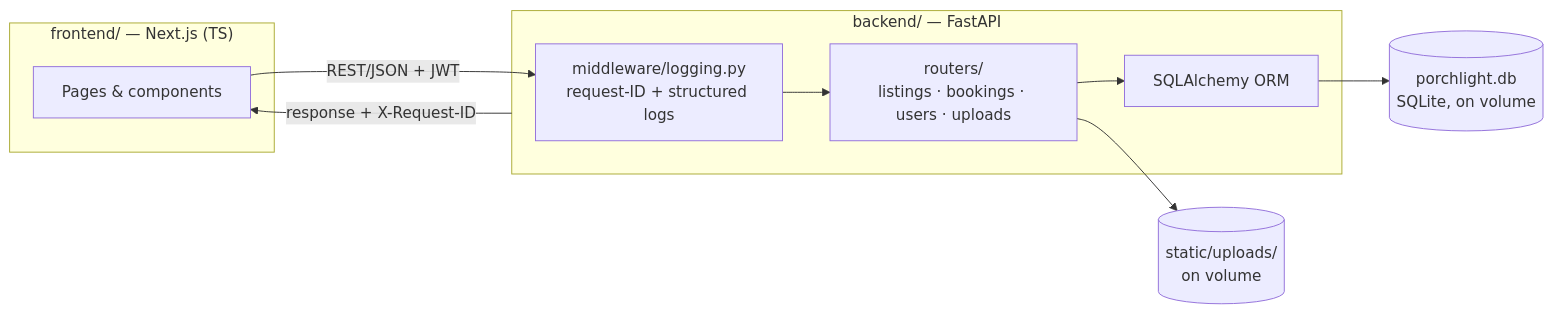
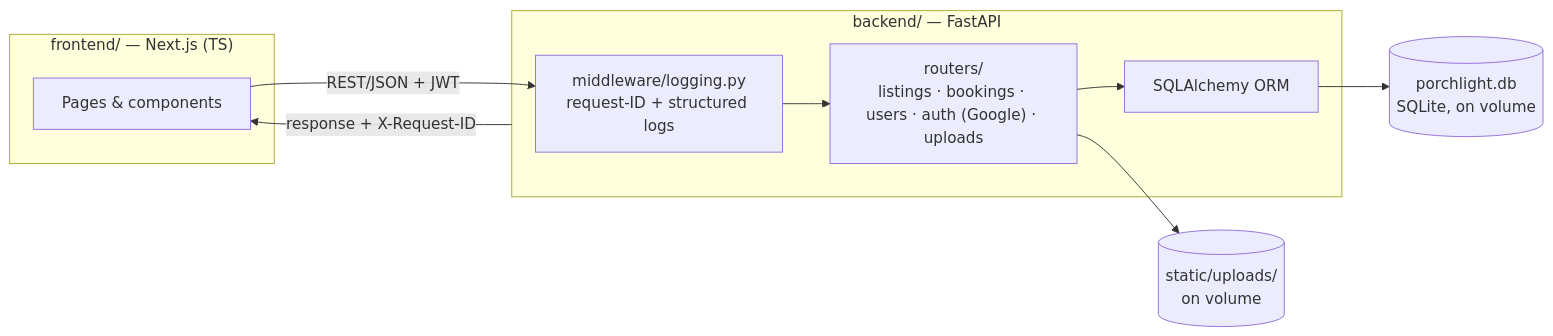
Before and after one commit to Killer545537/porchlight: the diagram in .docs/ARCHITECTURE.md, drawn with Mermaid. The commit also changed other lines of this file and 12 other files, not shown here.

````diff
--- a/.docs/ARCHITECTURE.md
+++ b/.docs/ARCHITECTURE.md
@@ -11,21 +11,21 @@
 ```mermaid
 flowchart LR
     subgraph FE["frontend/ — Next.js (TS)"]
         UI[Pages & components]
     end
 
     subgraph BE["backend/ — FastAPI"]
         MW["middleware/logging.py<br/>request-ID + structured logs"]
-        R["routers/<br/>listings · bookings · users · uploads"]
+        R["routers/<br/>listings · bookings · users · auth (Google) · uploads"]
         ORM[SQLAlchemy ORM]
         MW --> R --> ORM
     end
 
     DB[("porchlight.db<br/>SQLite, on volume")]
     FS[("static/uploads/<br/>on volume")]
 
     UI -- "REST/JSON + JWT" --> MW
     BE -- "response + X-Request-ID" --> UI
     ORM --> DB
     R --> FS
 ```
````
